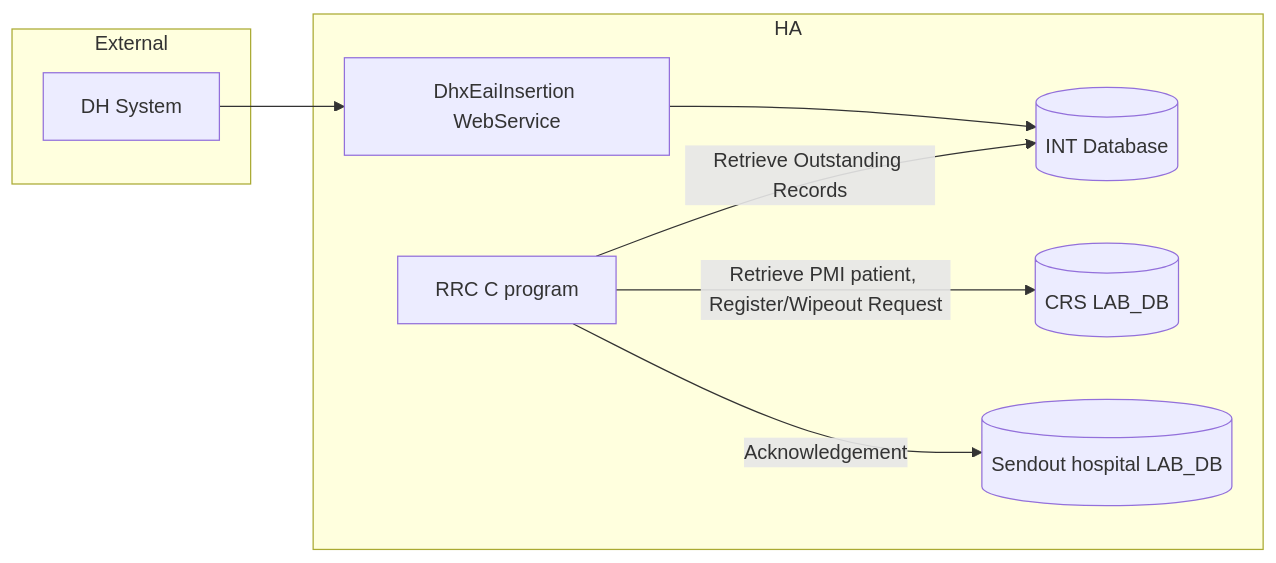
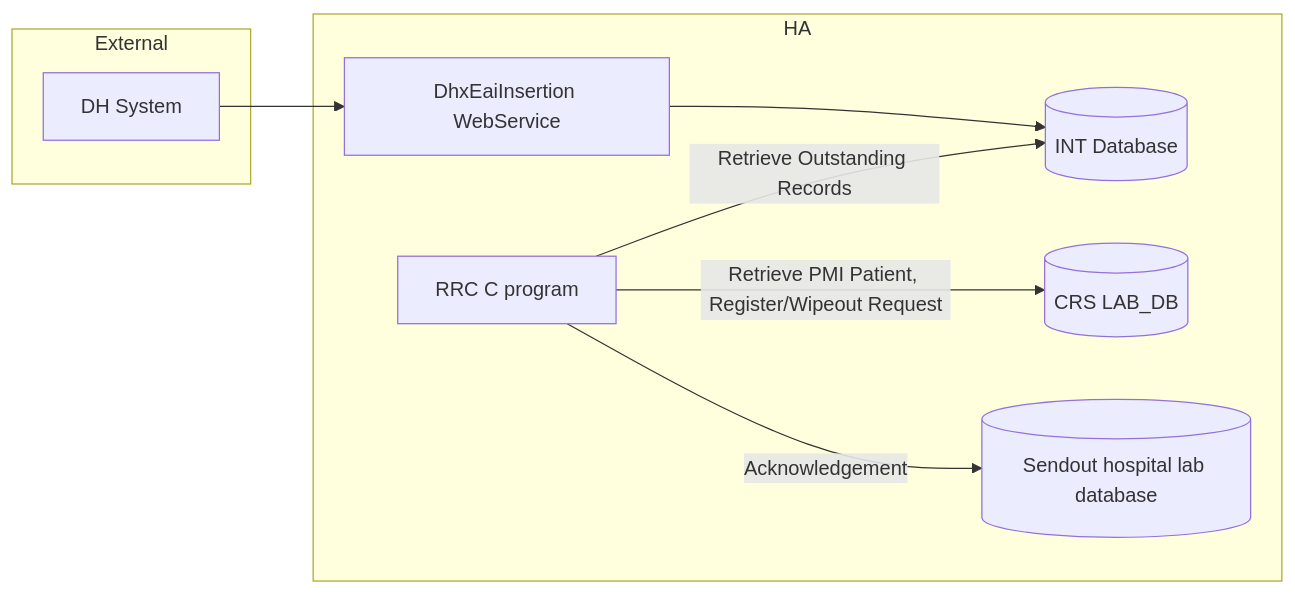
Before and after one commit to DragonChong/HA-Notes: the second of 3 diagrams in LIS/JIRA/Develop cloud application `lis-dhx-rrc-svc` to replace the legacy RRC worker and support dynamic Sybase-PostgreSQL database connectivity during DB migration.md, drawn with Mermaid.

Commit message:
vault backup: 2026-07-20 15:23:33

````diff
--- a/LIS/JIRA/Develop cloud application `lis-dhx-rrc-svc` to replace the legacy RRC worker and support dynamic Sybase-PostgreSQL database connectivity during DB migration.md
+++ b/LIS/JIRA/Develop cloud application `lis-dhx-rrc-svc` to replace the legacy RRC worker and support dynamic Sybase-PostgreSQL database connectivity during DB migration.md
@@ -141,17 +141,17 @@
 ```mermaid
 flowchart LR
     subgraph External["External"]
         DH["DH System"]
     end
     subgraph HA["HA"]
         WS["DhxEaiInsertion WebService"]
         INT_DB[("INT Database")]
         C_RRC["RRC C program"]
         CRS_DB[("CRS LAB_DB")]
-        HOSP_DB[("Sendout hospital LAB_DB")]
+        HOSP_DB[("Sendout hospital lab database")]
     end
     DH --> WS --> INT_DB
     C_RRC -- Retrieve Outstanding Records --> INT_DB
-    C_RRC -- Retrieve PMI patient, Register/Wipeout Request--> CRS_DB
+    C_RRC -- Retrieve PMI Patient, Register/Wipeout Request--> CRS_DB
     C_RRC -- Acknowledgement--> HOSP_DB
 ```
````
